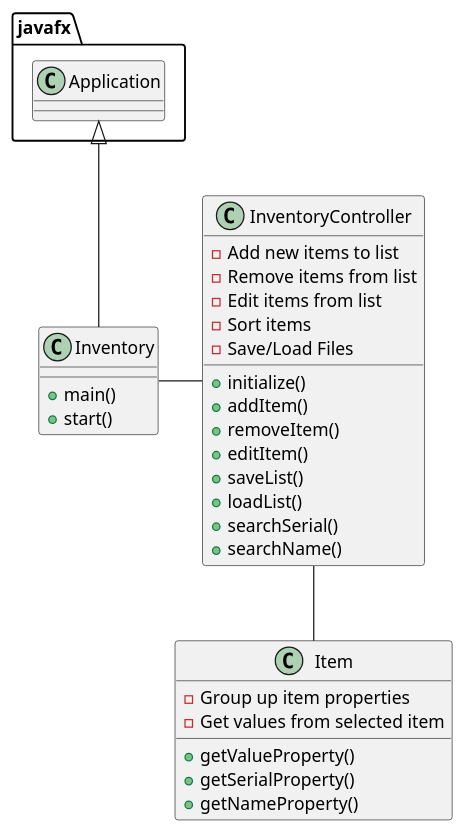
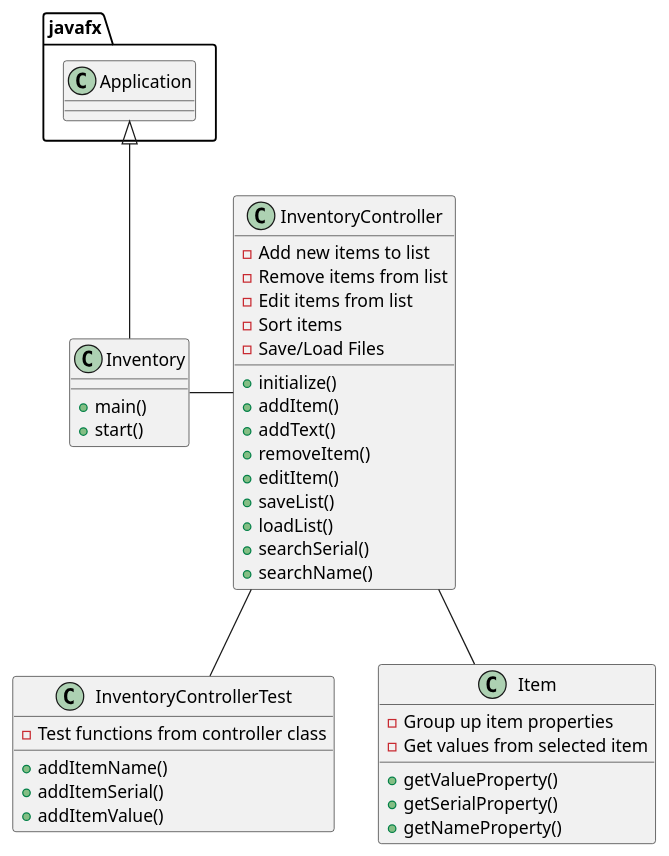
One commit to rafuchosnow/nieves-3739-a5 changed the diagram in uml/Inventory.puml. Above: the diagram before and after it, drawn with PlantUML. The commit also changed 7 other files, not shown here.

```diff
--- a/uml/Inventory.puml
+++ b/uml/Inventory.puml
@@ -1,42 +1,52 @@
 @startuml
 'https://plantuml.com/class-diagram
 
 class Inventory {
     + main()
     + start()
 }
 
 class InventoryController {
     - Add new items to list
     - Remove items from list
     - Edit items from list
     - Sort items
     - Save/Load Files
 
     + initialize()
     + addItem()
+    + addText()
     + removeItem()
     + editItem()
     + saveList()
     + loadList()
     + searchSerial()
     + searchName()
 }
+
+class InventoryControllerTest {
+    - Test functions from controller class
+
+    + addItemName()
+    + addItemSerial()
+    + addItemValue()
+}
+
 
 class Item {
     - Group up item properties
     - Get values from selected item
 
     + getValueProperty()
     + getSerialProperty()
     + getNameProperty()
 
 }
 
 
 
 javafx.Application  <|-- Inventory
 Inventory - InventoryController
 InventoryController -- Item
-
+InventoryController -- InventoryControllerTest
 @enduml
```
